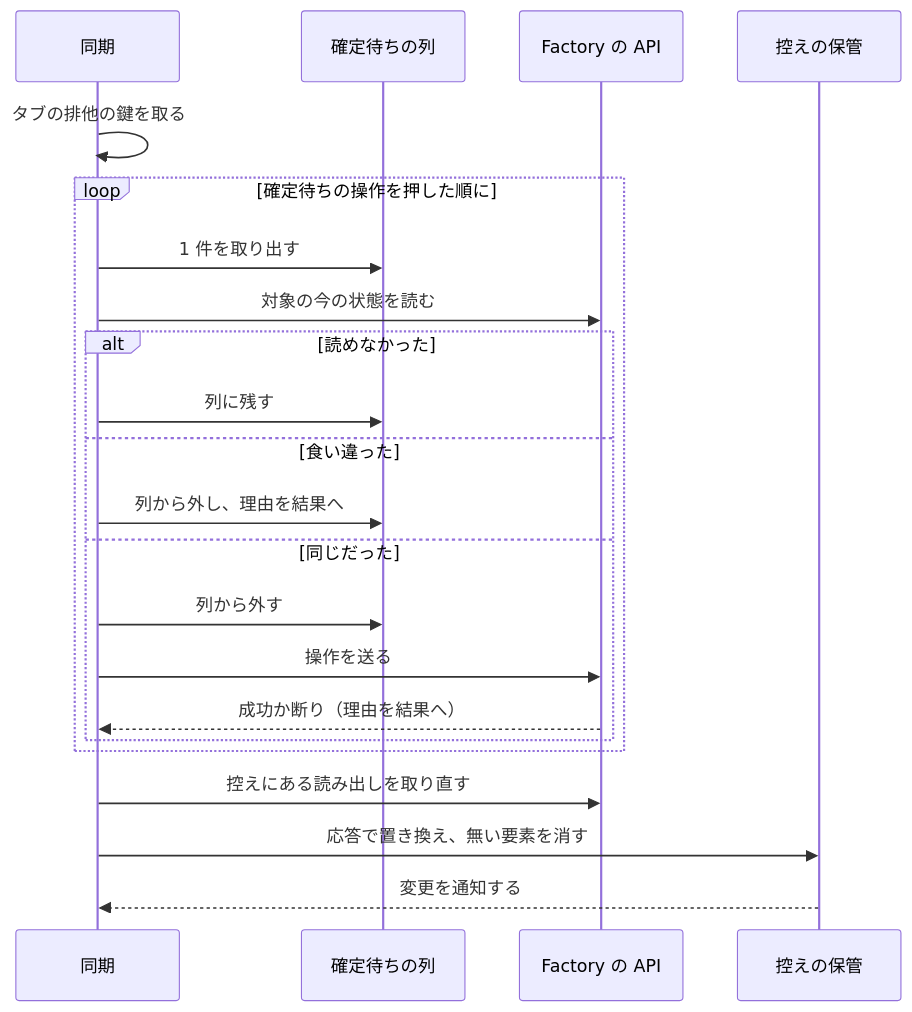
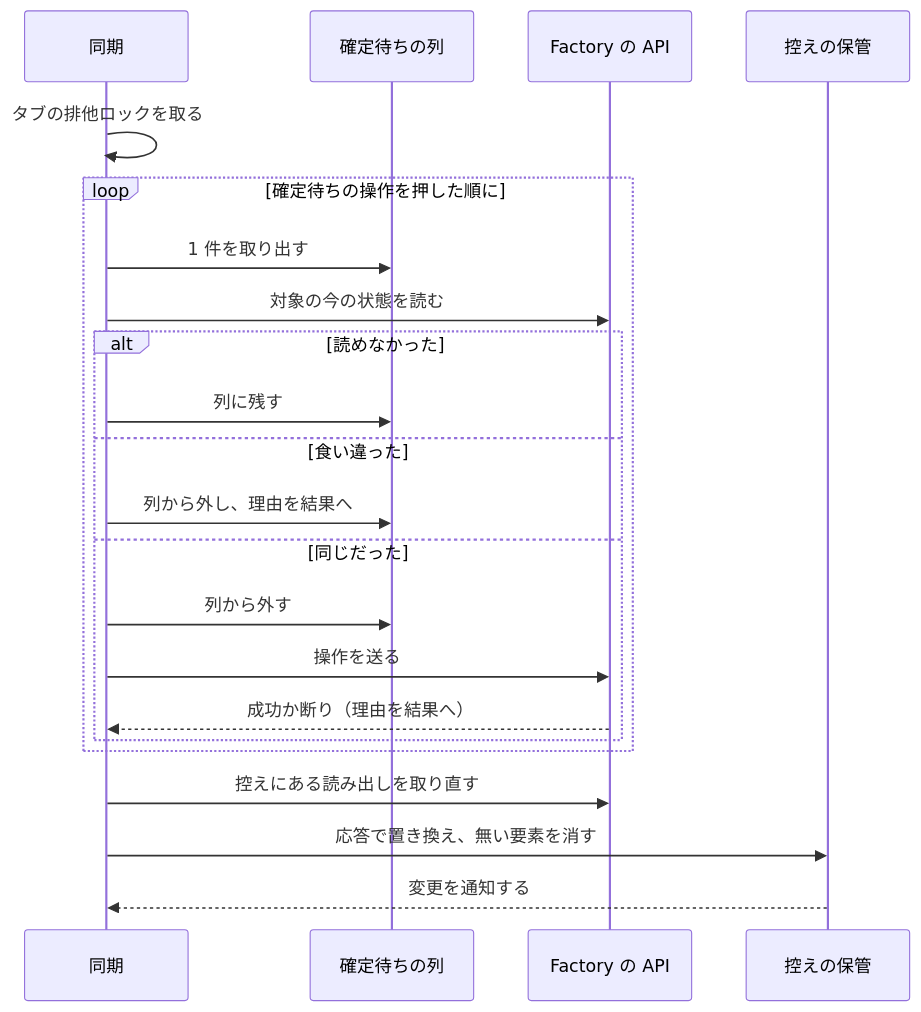
One commit to devbasex/ai-plugins changed the sixth of 7 diagrams in issues/issue-2383-design.md. Above: the diagram before and after it, drawn with Mermaid. The commit also changed other lines of this file and 1 other file, not shown here.

````diff
--- a/issues/issue-2383-design.md
+++ b/issues/issue-2383-design.md
@@ -385,24 +393,24 @@
 ```mermaid
 sequenceDiagram
     participant S as 同期
     participant Q as 確定待ちの列
     participant A as Factory の API
     participant V as 控えの保管
-    S->>S: タブの排他の鍵を取る
+    S->>S: タブの排他ロックを取る
     loop 確定待ちの操作を押した順に
         S->>Q: 1 件を取り出す
         S->>A: 対象の今の状態を読む
         alt 読めなかった
             S->>Q: 列に残す
         else 食い違った
             S->>Q: 列から外し、理由を結果へ
         else 同じだった
             S->>Q: 列から外す
             S->>A: 操作を送る
             A-->>S: 成功か断り（理由を結果へ）
         end
     end
     S->>A: 控えにある読み出しを取り直す
     S->>V: 応答で置き換え、無い要素を消す
     V-->>S: 変更を通知する
 ```
````
